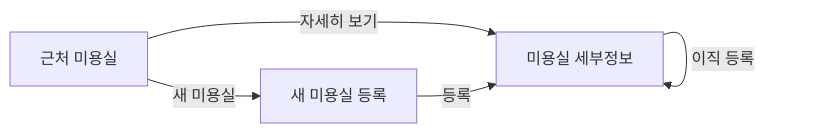
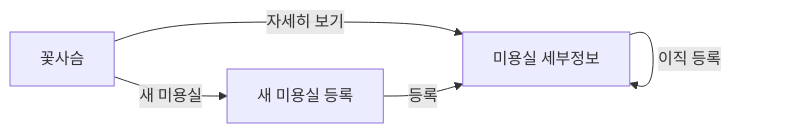
The diagram in PRD.md (gold9ine/test_myservice), drawn with Mermaid before and after one commit. The commit also changed other lines of this file and 22 other files, not shown here.

````diff
--- a/PRD.md
+++ b/PRD.md
@@ -45,7 +45,7 @@
 ```mermaid
 flowchart LR
-    A[근처 미용실] -->|새 미용실| B[새 미용실 등록]
+    A[꽃사슴] -->|새 미용실| B[새 미용실 등록]
     A -->|자세히 보기| C[미용실 세부정보]
     B -->|등록| C
     C -->|이직 등록| C
 ```
````
